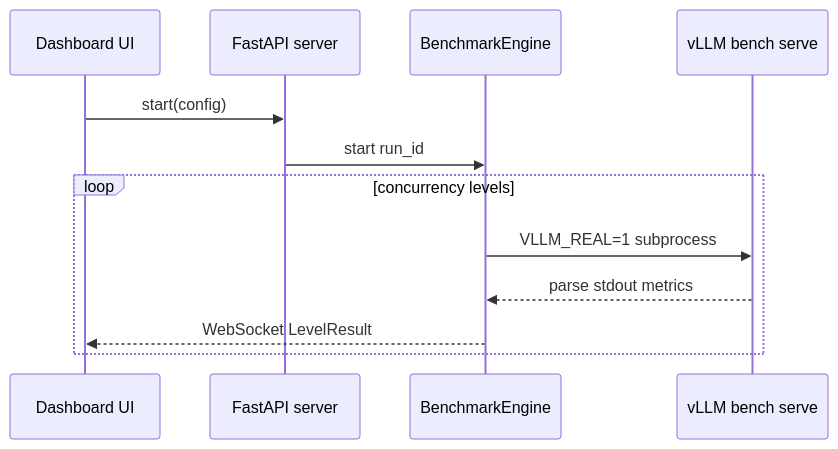
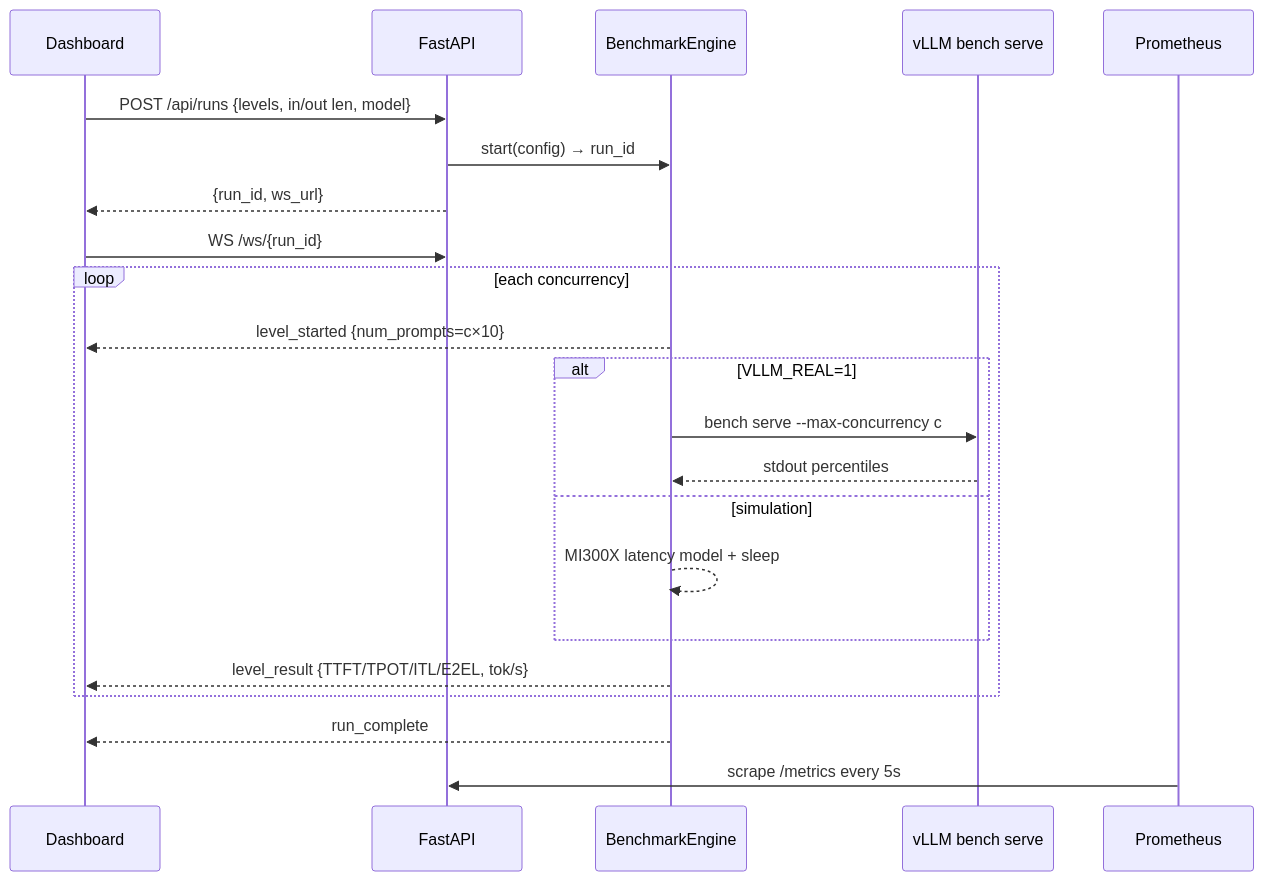
One commit to ArchanaChetan07/LLM-Inference-Benchmarking-Dashboard changed the eighth of 10 diagrams in README.md. Above: the diagram before and after it, drawn with Mermaid. The commit also changed other lines of this file, not shown here.

Commit message:
docs: FAANG-ready README with architecture diagrams and traceable bench metrics

````diff
--- a/README.md
+++ b/README.md
@@ -28,14 +191,24 @@
 ```mermaid
 sequenceDiagram
-  participant UI as Dashboard UI
-  participant API as FastAPI server
+  participant UI as Dashboard
+  participant API as FastAPI
   participant E as BenchmarkEngine
   participant V as vLLM bench serve
-  UI->>API: start(config)
-  API->>E: start run_id
-  loop concurrency levels
-    E->>V: VLLM_REAL=1 subprocess
-    V-->>E: parse stdout metrics
-    E-->>UI: WebSocket LevelResult
+  participant Prom as Prometheus
+  UI->>API: POST /api/runs {levels, in/out len, model}
+  API->>E: start(config) → run_id
+  API-->>UI: {run_id, ws_url}
+  UI->>API: WS /ws/{run_id}
+  loop each concurrency
+    E-->>UI: level_started {num_prompts=c×10}
+    alt VLLM_REAL=1
+      E->>V: bench serve --max-concurrency c
+      V-->>E: stdout percentiles
+    else simulation
+      E-->>E: MI300X latency model + sleep
+    end
+    E-->>UI: level_result {TTFT/TPOT/ITL/E2EL, tok/s}
   end
+  E-->>UI: run_complete
+  Prom->>API: scrape /metrics every 5s
 ```
````
